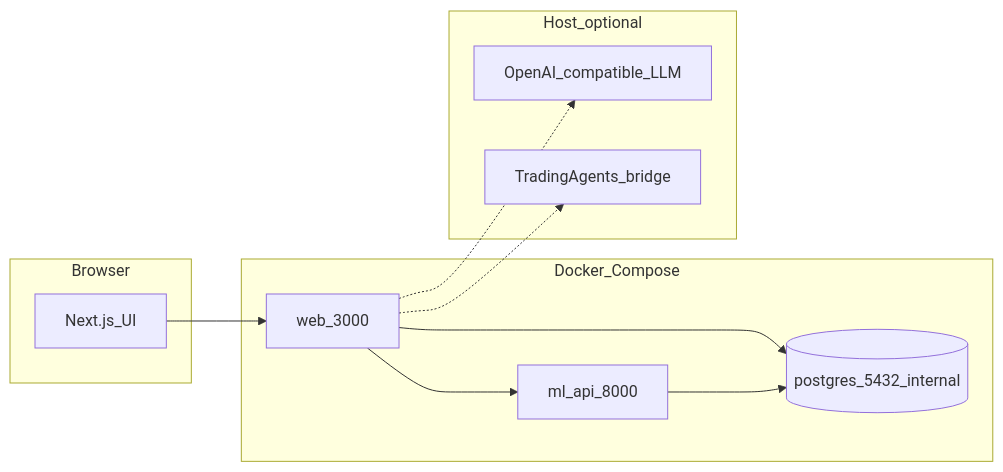
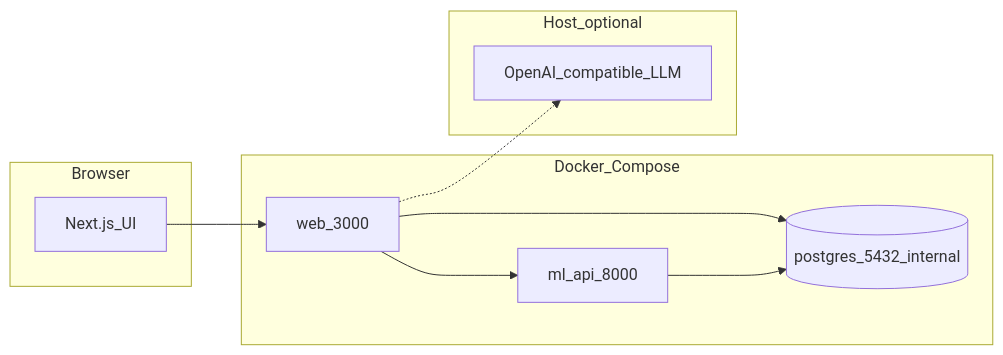
The diagram in docs/OE-DOC-002-system-architecture.md (iamtensaii/oracleeyes), drawn with Mermaid before and after one commit. The commit also changed other lines of this file and 21 other files, not shown here.

First line of the commit message:
docs: Linux Docker Engine runbooks; remove TradingAgents bridge

````diff
--- a/docs/OE-DOC-002-system-architecture.md
+++ b/docs/OE-DOC-002-system-architecture.md
@@ -14,21 +14,19 @@
 ```mermaid
 flowchart LR
   subgraph browser [Browser]
     UI[Next.js_UI]
   end
   subgraph compose [Docker_Compose]
     WEB[web_3000]
     ML[ml_api_8000]
     PG[(postgres_5432_internal)]
   end
   subgraph host [Host_optional]
     LLM[OpenAI_compatible_LLM]
-    TA[TradingAgents_bridge]
   end
   UI --> WEB
   WEB --> ML
   WEB --> PG
   WEB -.-> LLM
-  WEB -.-> TA
   ML --> PG
 ```
````
